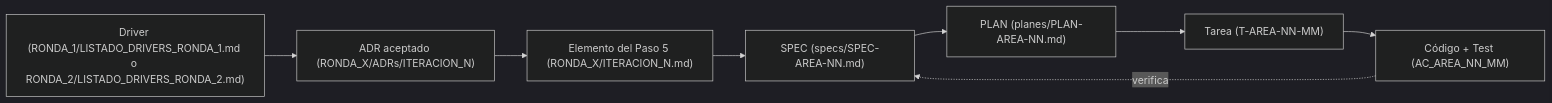
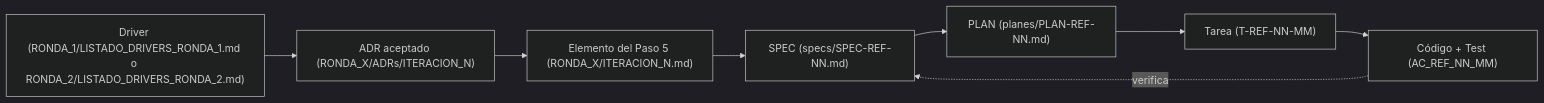
Before and after one commit to MateoGarrido13/trotamundos-v1: the diagram in POLITICAS_SPECS_Y_PLANES.md, drawn with Mermaid (dark theme). The commit also changed other lines of this file and 9 other files, not shown here.

Commit message:
plan specs por funcionalidad

````diff
--- a/POLITICAS_SPECS_Y_PLANES.md
+++ b/POLITICAS_SPECS_Y_PLANES.md
@@ -11,10 +11,10 @@
 ```mermaid
 flowchart LR
     D["Driver (RONDA_1/LISTADO_DRIVERS_RONDA_1.md o RONDA_2/LISTADO_DRIVERS_RONDA_2.md)"] --> A["ADR aceptado (RONDA_X/ADRs/ITERACION_N)"]
     A --> E["Elemento del Paso 5 (RONDA_X/ITERACION_N.md)"]
-    E --> S["SPEC (specs/SPEC-AREA-NN.md)"]
-    S --> P["PLAN (planes/PLAN-AREA-NN.md)"]
-    P --> T["Tarea (T-AREA-NN-MM)"]
-    T --> C["Código + Test (AC_AREA_NN_MM)"]
+    E --> S["SPEC (specs/SPEC-REF-NN.md)"]
+    S --> P["PLAN (planes/PLAN-REF-NN.md)"]
+    P --> T["Tarea (T-REF-NN-MM)"]
+    T --> C["Código + Test (AC_REF_NN_MM)"]
     C -. "verifica" .-> S
 ```
````
